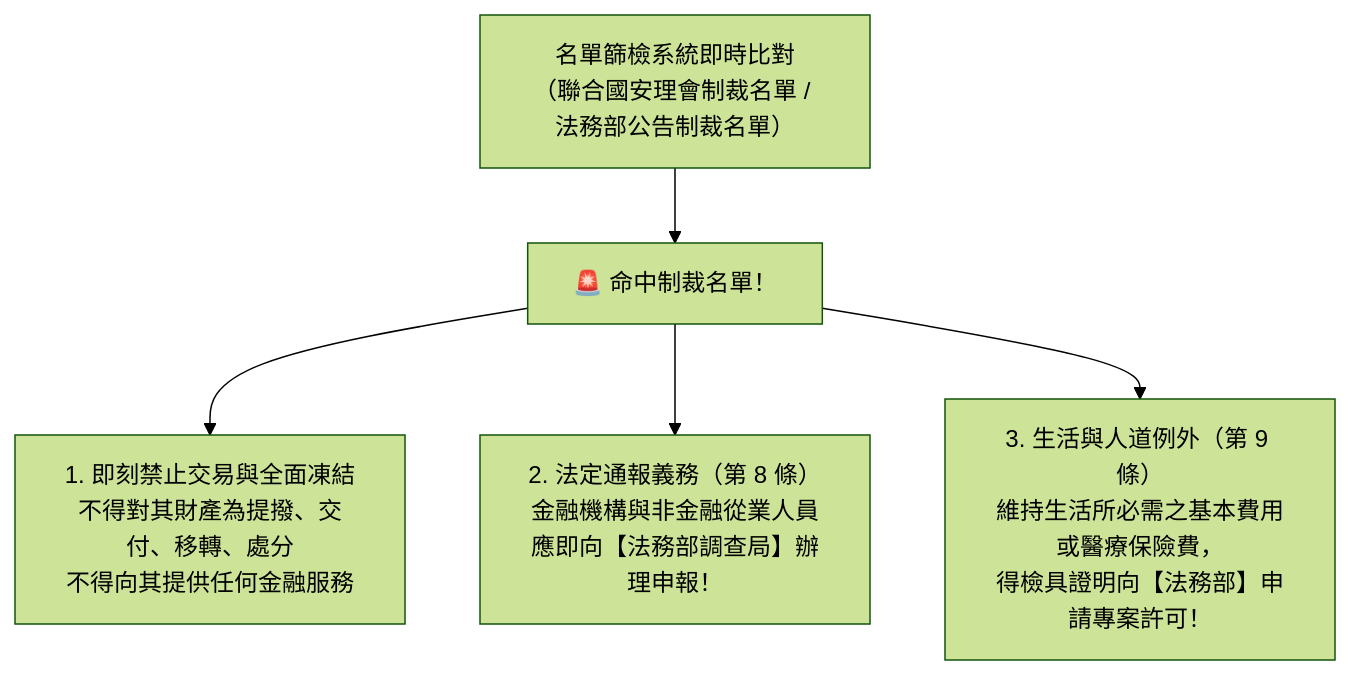
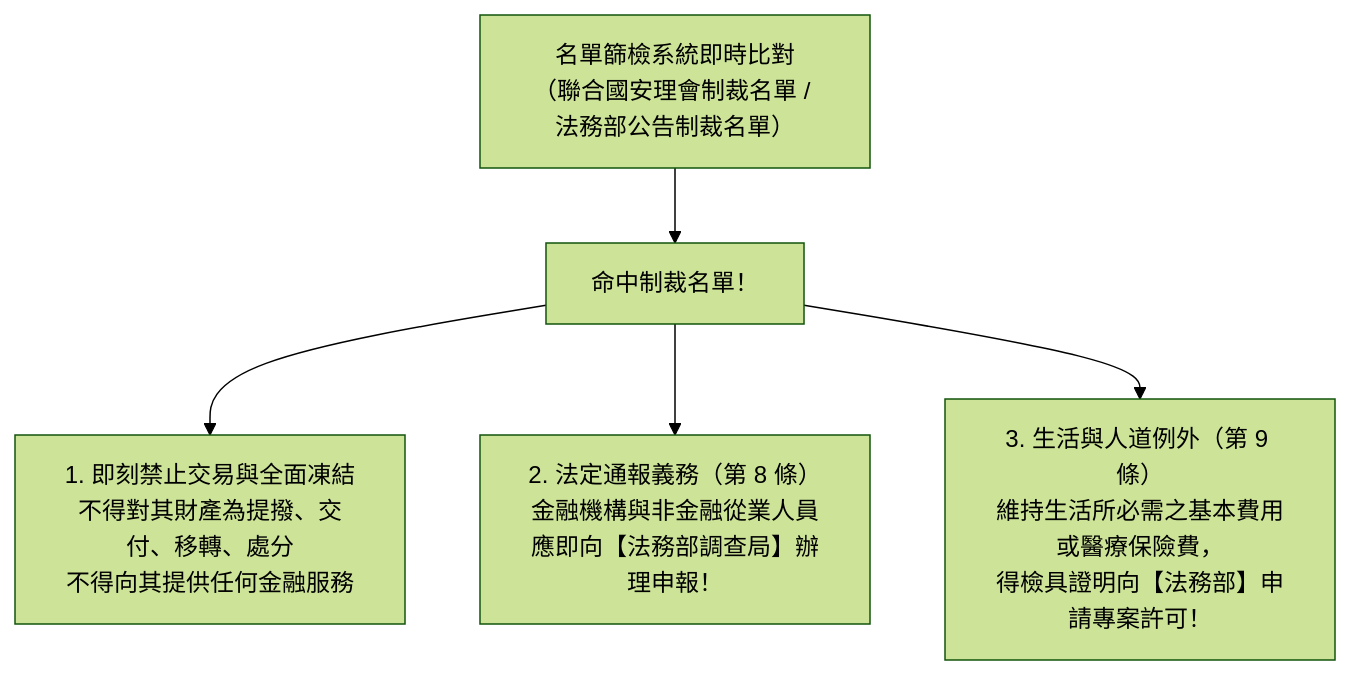
Before and after one commit to ehackerevan/exam-study-platform: the diagram in 教材/防制洗錢與打擊資恐重點教材/04_資恐防制法要件與目標性金融制裁名單篩檢.md, drawn with Mermaid (forest theme). The commit also changed other lines of this file and 34 other files, not shown here.

Commit message:
feat: add frequency charts and refine study materials

````diff
--- a/教材/防制洗錢與打擊資恐重點教材/04_資恐防制法要件與目標性金融制裁名單篩檢.md
+++ b/教材/防制洗錢與打擊資恐重點教材/04_資恐防制法要件與目標性金融制裁名單篩檢.md
@@ -39,7 +39,7 @@
 ```mermaid
 graph TD
-    A["名單篩檢系統即時比對<br/>（聯合國安理會制裁名單 / 法務部公告制裁名單）"] --> B["🚨 命中制裁名單！"]
+    A["名單篩檢系統即時比對<br/>（聯合國安理會制裁名單 / 法務部公告制裁名單）"] --> B[" 命中制裁名單！"]
     B --> C["1. 即刻禁止交易與全面凍結<br/>不得對其財產為提撥、交付、移轉、處分<br/>不得向其提供任何金融服務"]
     B --> D["2. 法定通報義務（第 8 條）<br/>金融機構與非金融從業人員應即向【法務部調查局】辦理申報！"]
     B --> E["3. 生活與人道例外（第 9 條）<br/>維持生活所必需之基本費用或醫療保險費，<br/>得檢具證明向【法務部】申請專案許可！"]
 ```
````
